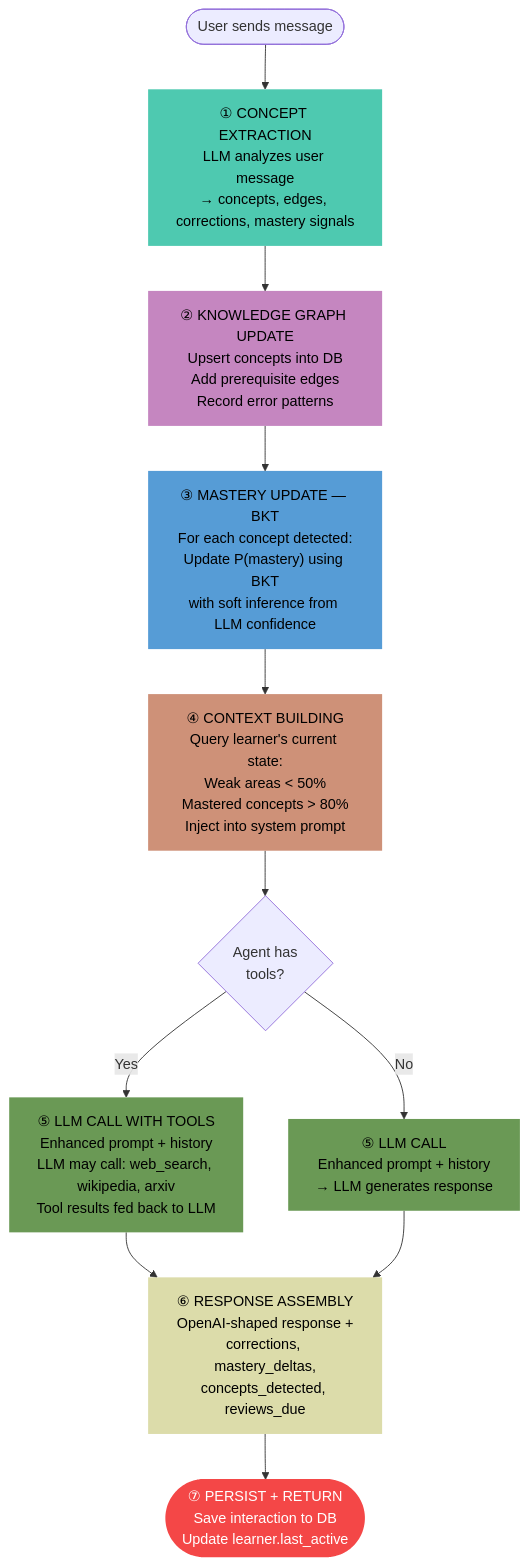
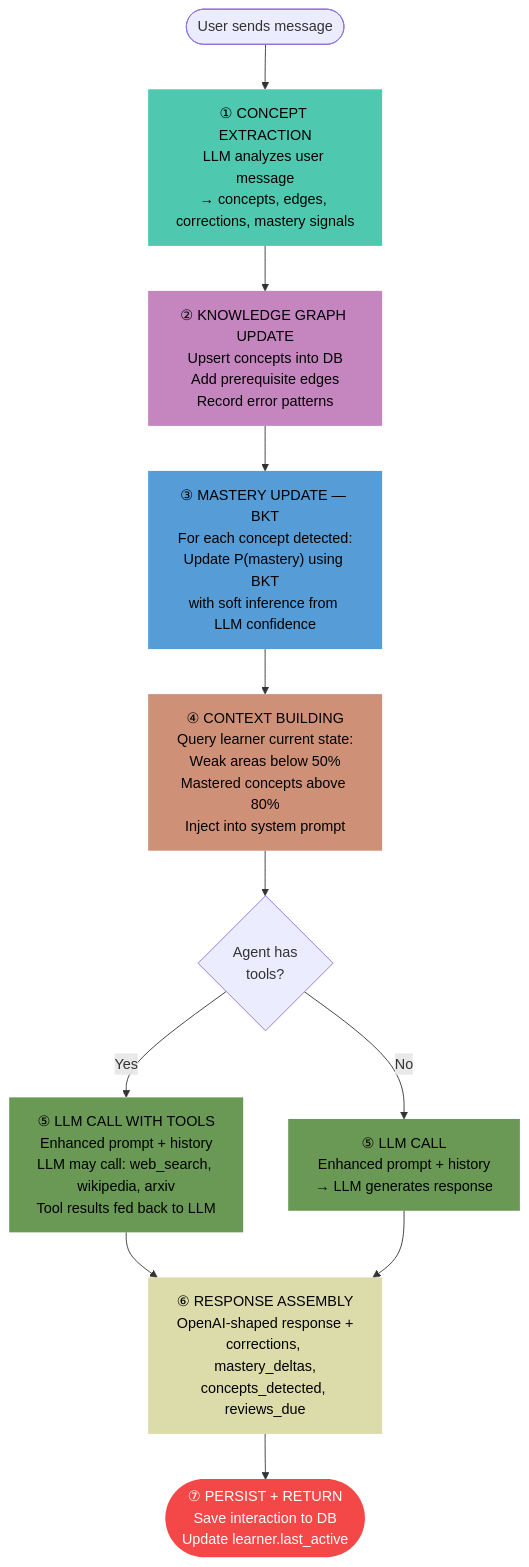
The third of 5 diagrams in docs/ARCHITECTURE.md (h4ksclaw/learnharness), drawn with Mermaid before and after one commit. The commit also changed other lines of this file, not shown here.

First line of the commit message:
Fix mermaid diagram syntax errors in ARCHITECTURE.md

````diff
--- a/docs/ARCHITECTURE.md
+++ b/docs/ARCHITECTURE.md
@@ -141,36 +141,36 @@
 ```mermaid
 flowchart TD
     START([User sends message]) --> P1
 
     P1["① CONCEPT EXTRACTION<br/>LLM analyzes user message<br/>→ concepts, edges, corrections, mastery signals"]
     P1 --> P2
 
     P2["② KNOWLEDGE GRAPH UPDATE<br/>Upsert concepts into DB<br/>Add prerequisite edges<br/>Record error patterns"]
     P2 --> P3
 
     P3["③ MASTERY UPDATE — BKT<br/>For each concept detected:<br/>Update P(mastery) using BKT<br/>with soft inference from LLM confidence"]
     P3 --> P4
 
-    P4["④ CONTEXT BUILDING<br/>Query learner's current state:<br/>Weak areas < 50%<br/>Mastered concepts > 80%<br/>Inject into system prompt"]
+    P4["④ CONTEXT BUILDING<br/>Query learner current state:<br/>Weak areas below 50%<br/>Mastered concepts above 80%<br/>Inject into system prompt"]
     P4 --> P5
 
     P5{"Agent has<br/>tools?"}
     P5 -- Yes --> P5A["⑤ LLM CALL WITH TOOLS<br/>Enhanced prompt + history<br/>LLM may call: web_search, wikipedia, arxiv<br/>Tool results fed back to LLM"]
     P5 -- No --> P5B["⑤ LLM CALL<br/>Enhanced prompt + history<br/>→ LLM generates response"]
     P5A --> P6
     P5B --> P6
 
     P6["⑥ RESPONSE ASSEMBLY<br/>OpenAI-shaped response +<br/>corrections, mastery_deltas,<br/>concepts_detected, reviews_due"]
     P6 --> P7
 
     P7([⑦ PERSIST + RETURN<br/>Save interaction to DB<br/>Update learner.last_active])
 
     style P1 fill:#4EC9B0,stroke:none,color:#000
     style P2 fill:#C586C0,stroke:none,color:#000
     style P3 fill:#569CD6,stroke:none,color:#000
     style P4 fill:#CE9178,stroke:none,color:#000
     style P5A fill:#6A9955,stroke:none,color:#000
     style P5B fill:#6A9955,stroke:none,color:#000
     style P6 fill:#DCDCAA,stroke:none,color:#000
     style P7 fill:#F44747,stroke:none,color:#fff
 ```
````
